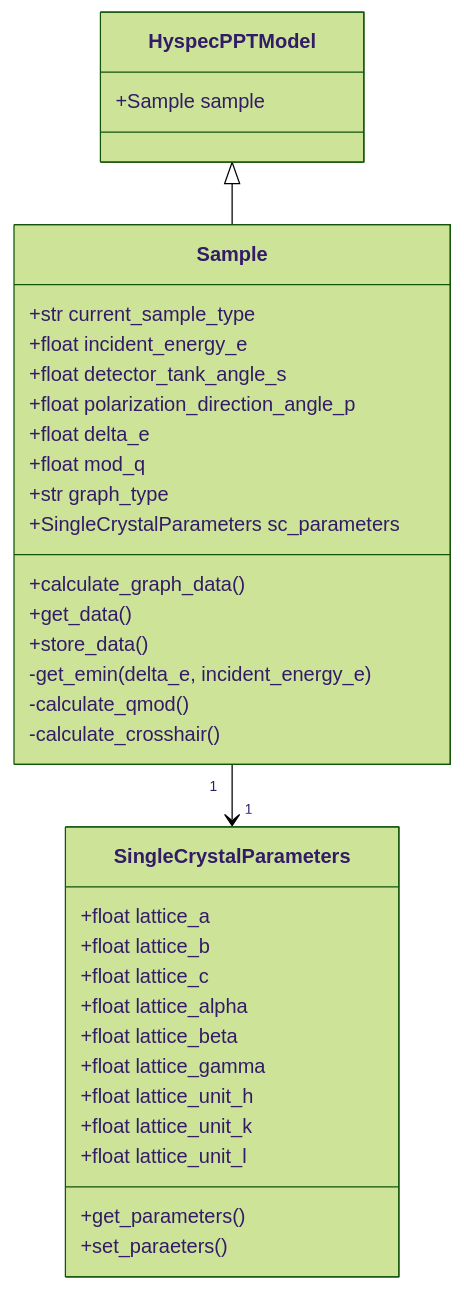
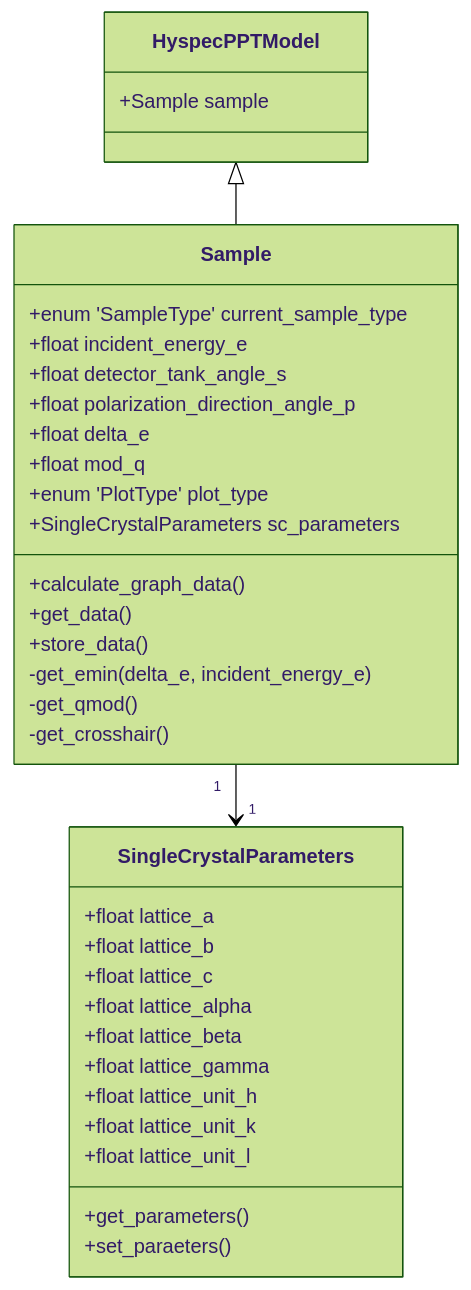
The first of 3 diagrams in docs/source/design/hyspecpptclasses.rst (neutrons/hyspecppt), drawn with Mermaid (forest theme) before and after one commit. The commit also changed other lines of this file, not shown here.

Commit message:
enum options, qmod and crosshair functions updates and typos

```diff
--- a/docs/source/design/hyspecpptclasses.rst
+++ b/docs/source/design/hyspecpptclasses.rst
@@ -15,41 +15,41 @@
 .. mermaid::
 
  classDiagram
     HyspecPPTModel <|-- Sample
     Sample "1" -->"1" SingleCrystalParameters
 
 
     class HyspecPPTModel{
         +Sample sample
     }
 
     class Sample{
-        +str current_sample_type
+        +enum 'SampleType' current_sample_type
         +float incident_energy_e
         +float detector_tank_angle_s
         +float polarization_direction_angle_p
         +float delta_e
         +float mod_q
-        +str graph_type
+        +enum 'PlotType' plot_type
         +SingleCrystalParameters sc_parameters
         +calculate_graph_data()
         +get_data()
         +store_data()
         -get_emin(delta_e, incident_energy_e)
-        -calculate_qmod()
-        -calculate_crosshair()
+        -get_qmod()
+        -get_crosshair()
     }
 
     class SingleCrystalParameters{
         +float lattice_a
         +float lattice_b
         +float lattice_c
         +float lattice_alpha
         +float lattice_beta
         +float lattice_gamma
         +float lattice_unit_h
         +float lattice_unit_k
         +float lattice_unit_l
         +get_parameters()
         +set_paraeters()
     }
```
